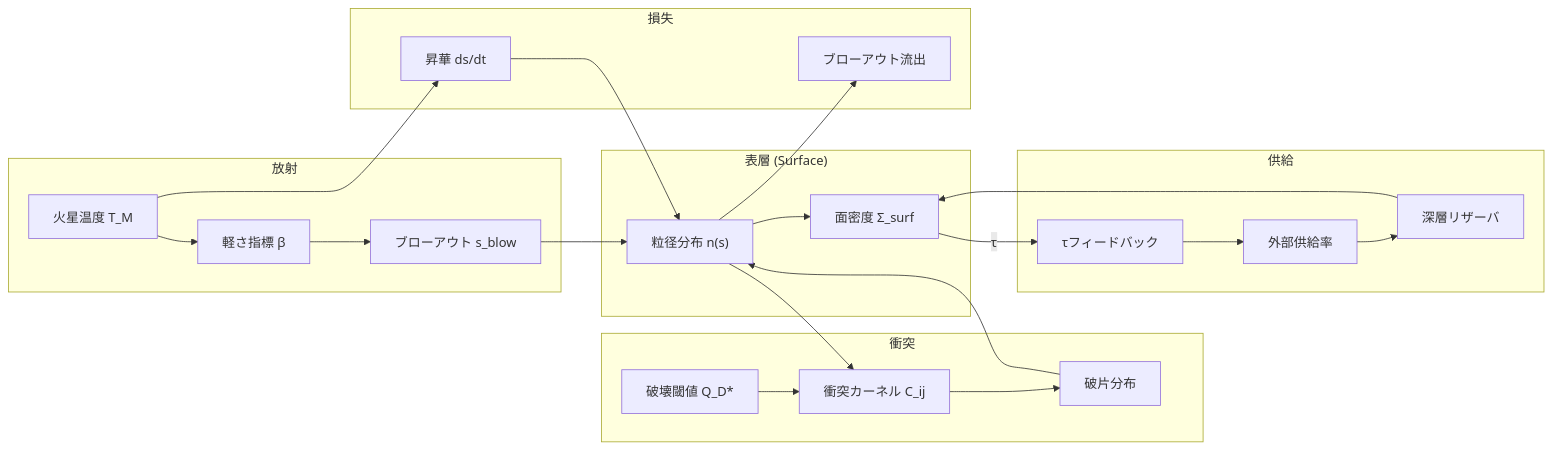
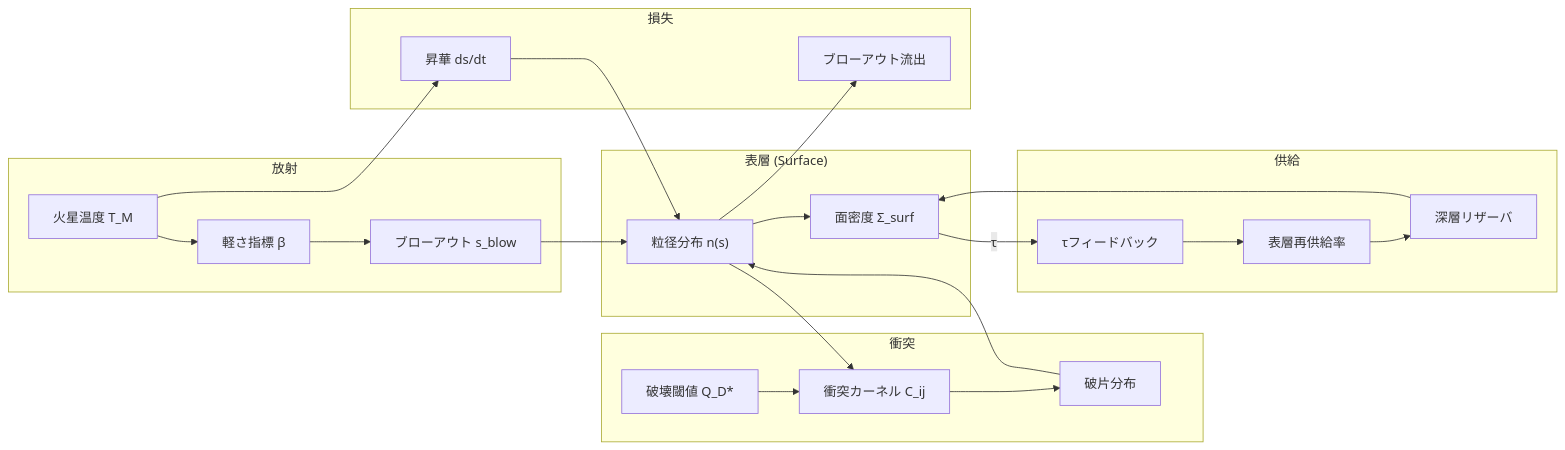
The third of 7 diagrams in analysis/methods.md (Einfeld686/MarsDiskSimulation), drawn with Mermaid before and after one commit. The commit also changed other lines of this file and 1 other file, not shown here.

````diff
--- a/analysis/methods.md
+++ b/analysis/methods.md
@@ -137,39 +137,39 @@
 ```mermaid
 graph LR
     subgraph SURFACE["表層 (Surface)"]
         PSD["粒径分布 n(s)"]
         SIGMA["面密度 Σ_surf"]
     end
     
     subgraph RADIATION["放射"]
         TM["火星温度 T_M"]
         BETA["軽さ指標 β"]
         BLOW["ブローアウト s_blow"]
     end
     
     subgraph COLLISIONS["衝突"]
         KERNEL["衝突カーネル C_ij"]
         QSTAR["破壊閾値 Q_D*"]
         FRAG["破片分布"]
     end
     
     subgraph SINKS["損失"]
         BLOWOUT["ブローアウト流出"]
         SUBL["昇華 ds/dt"]
     end
     
     subgraph SUPPLY_BOX["供給"]
-        EXT["外部供給率"]
+        EXT["表層再供給率"]
         DEEP["深層リザーバ"]
         FB["τフィードバック"]
     end
     
     TM --> BETA --> BLOW
     BLOW --> PSD
     PSD --> KERNEL --> FRAG --> PSD
     PSD --> SIGMA
     SIGMA -->|"τ"| FB --> EXT --> DEEP --> SIGMA
     PSD --> BLOWOUT
     TM --> SUBL --> PSD
     QSTAR --> KERNEL
 ```
````
